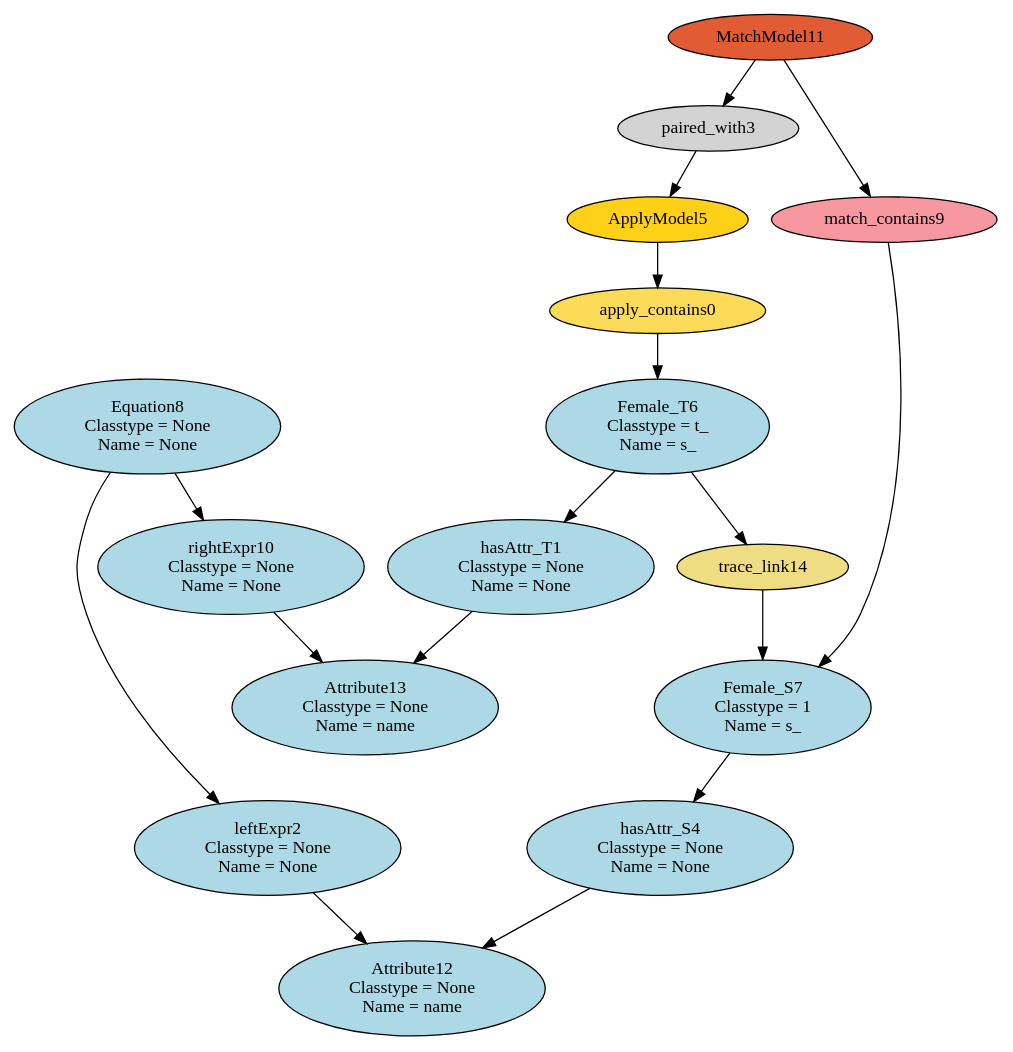
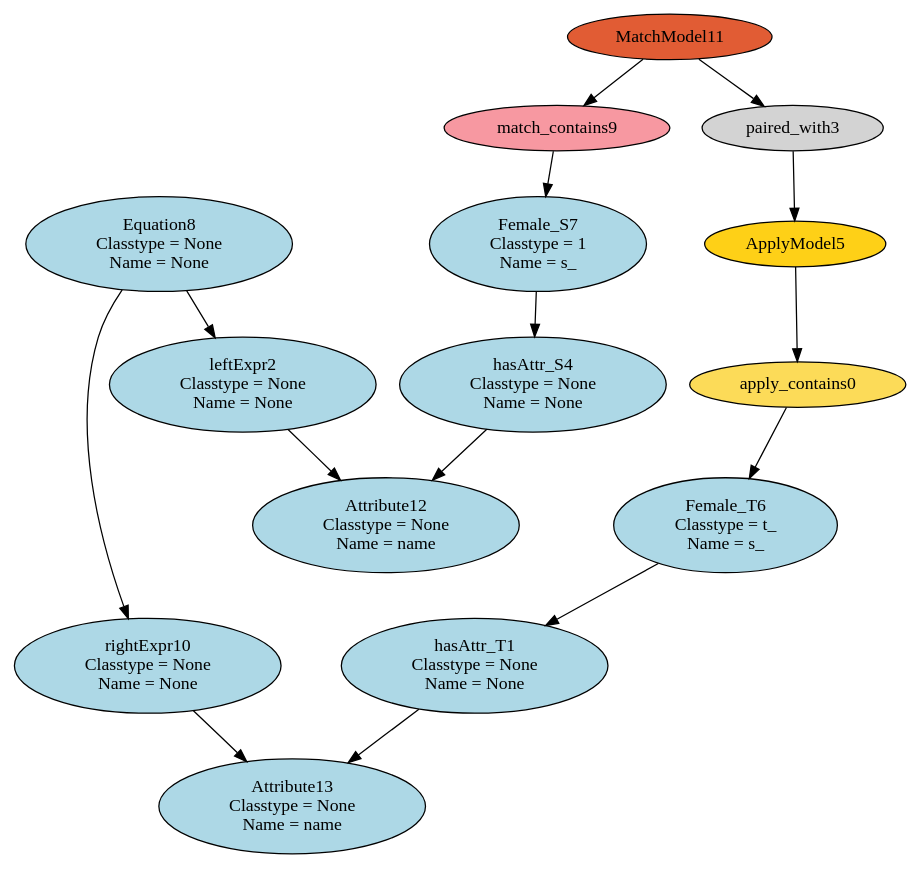
The diagram in dot/HEmptyPathCondition_HF2F.dot (levilucio/SyVOLT), drawn with Graphviz before and after one commit. The commit also changed 146 other files, not shown here.

```diff
--- a/dot/HEmptyPathCondition_HF2F.dot
+++ b/dot/HEmptyPathCondition_HF2F.dot
@@ -1,33 +1,30 @@
 digraph HEmptyPathCondition_HF2F {
 apply_contains0 [style=filled, fillcolor="#FCDB58"];
 "hasAttr_T1\n Classtype = None\n Name = None" [style=filled, fillcolor=lightblue];
 "leftExpr2\n Classtype = None\n Name = None" [style=filled, fillcolor=lightblue];
 paired_with3 [style=filled, fillcolor=lightgray];
 "hasAttr_S4\n Classtype = None\n Name = None" [style=filled, fillcolor=lightblue];
 ApplyModel5 [style=filled, fillcolor="#FED017"];
 "Female_T6\n Classtype = t_\n Name = s_" [style=filled, fillcolor=lightblue];
 "Female_S7\n Classtype = 1\n Name = s_" [style=filled, fillcolor=lightblue];
 "Equation8\n Classtype = None\n Name = None" [style=filled, fillcolor=lightblue];
 match_contains9 [style=filled, fillcolor="#F798A1"];
 "rightExpr10\n Classtype = None\n Name = None" [style=filled, fillcolor=lightblue];
 MatchModel11 [style=filled, fillcolor="#E15C34"];
 "Attribute12\n Classtype = None\n Name = name" [style=filled, fillcolor=lightblue];
 "Attribute13\n Classtype = None\n Name = name" [style=filled, fillcolor=lightblue];
-trace_link14 [style=filled, fillcolor=lightgoldenrod];
 ApplyModel5 -> apply_contains0;
 apply_contains0 -> "Female_T6\n Classtype = t_\n Name = s_";
 "Female_T6\n Classtype = t_\n Name = s_" -> "hasAttr_T1\n Classtype = None\n Name = None";
 "hasAttr_T1\n Classtype = None\n Name = None" -> "Attribute13\n Classtype = None\n Name = name";
 "Equation8\n Classtype = None\n Name = None" -> "leftExpr2\n Classtype = None\n Name = None";
 "leftExpr2\n Classtype = None\n Name = None" -> "Attribute12\n Classtype = None\n Name = name";
 MatchModel11 -> paired_with3;
 paired_with3 -> ApplyModel5;
 "Female_S7\n Classtype = 1\n Name = s_" -> "hasAttr_S4\n Classtype = None\n Name = None";
 "hasAttr_S4\n Classtype = None\n Name = None" -> "Attribute12\n Classtype = None\n Name = name";
 match_contains9 -> "Female_S7\n Classtype = 1\n Name = s_";
 "Equation8\n Classtype = None\n Name = None" -> "rightExpr10\n Classtype = None\n Name = None";
 MatchModel11 -> match_contains9;
 "rightExpr10\n Classtype = None\n Name = None" -> "Attribute13\n Classtype = None\n Name = name";
-trace_link14 -> "Female_S7\n Classtype = 1\n Name = s_";
-"Female_T6\n Classtype = t_\n Name = s_" -> trace_link14;
 }
```
